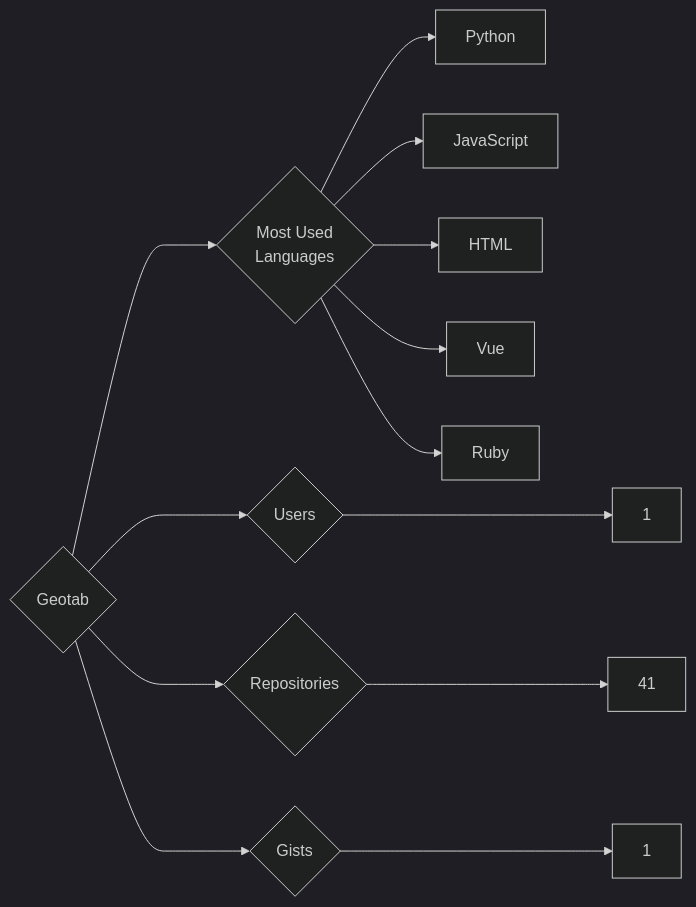
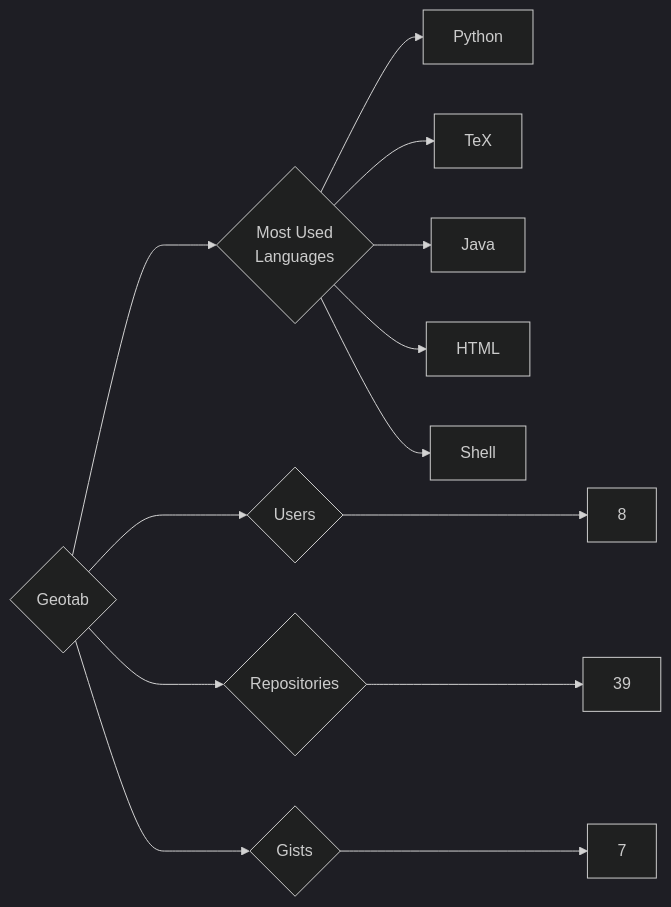
Before and after one commit to trickest/insiders: the diagram in targets/Geotab/README.md, drawn with Mermaid (dark theme). The commit also changed 938 other files, not shown here.

````diff
--- a/targets/Geotab/README.md
+++ b/targets/Geotab/README.md
@@ -3,13 +3,13 @@
 ```mermaid
 graph LR
 COMPANY_NAME{Geotab}
-COMPANY_NAME ---> U{Users} ---> UN[1]
-COMPANY_NAME ---> R{Repositories} ---> RN[41]
-COMPANY_NAME ---> G{Gists} ---> GN[1]
+COMPANY_NAME ---> U{Users} ---> UN[8]
+COMPANY_NAME ---> R{Repositories} ---> RN[39]
+COMPANY_NAME ---> G{Gists} ---> GN[7]
 COMPANY_NAME ---> ML{Most Used<br>Languages}
 ML --> Python[Python]
-ML --> JavaScript[JavaScript]
+ML --> TeX[TeX]
+ML --> Java[Java]
 ML --> HTML[HTML]
-ML --> Vue[Vue]
-ML --> Ruby[Ruby]
+ML --> Shell[Shell]
 ```
````
